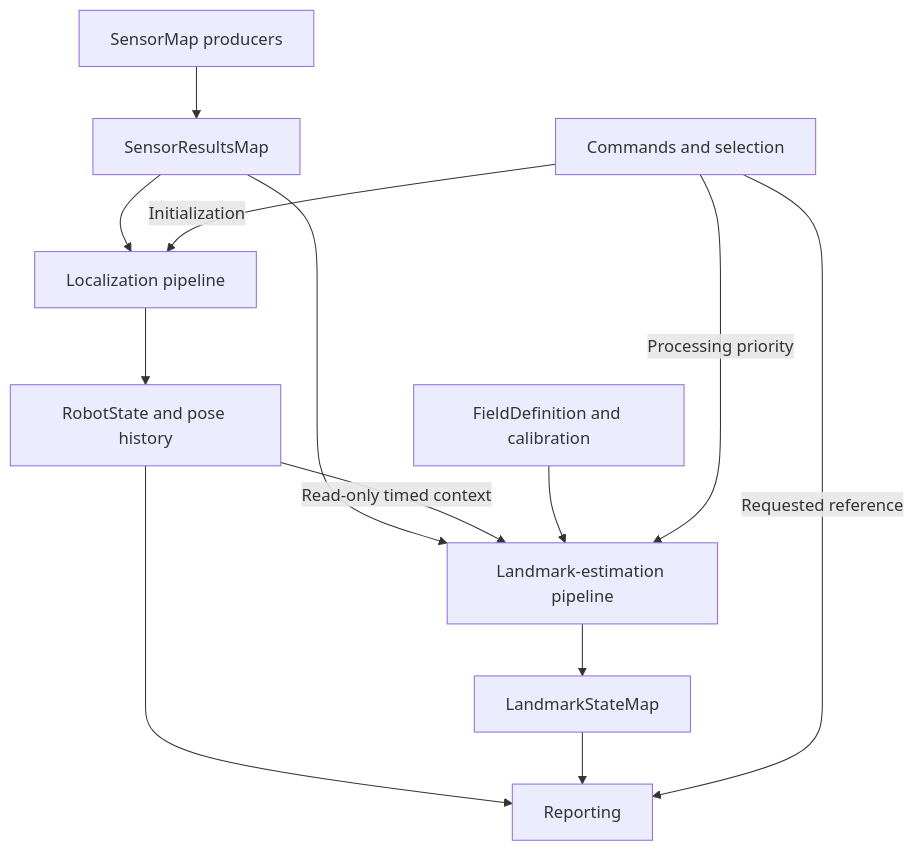
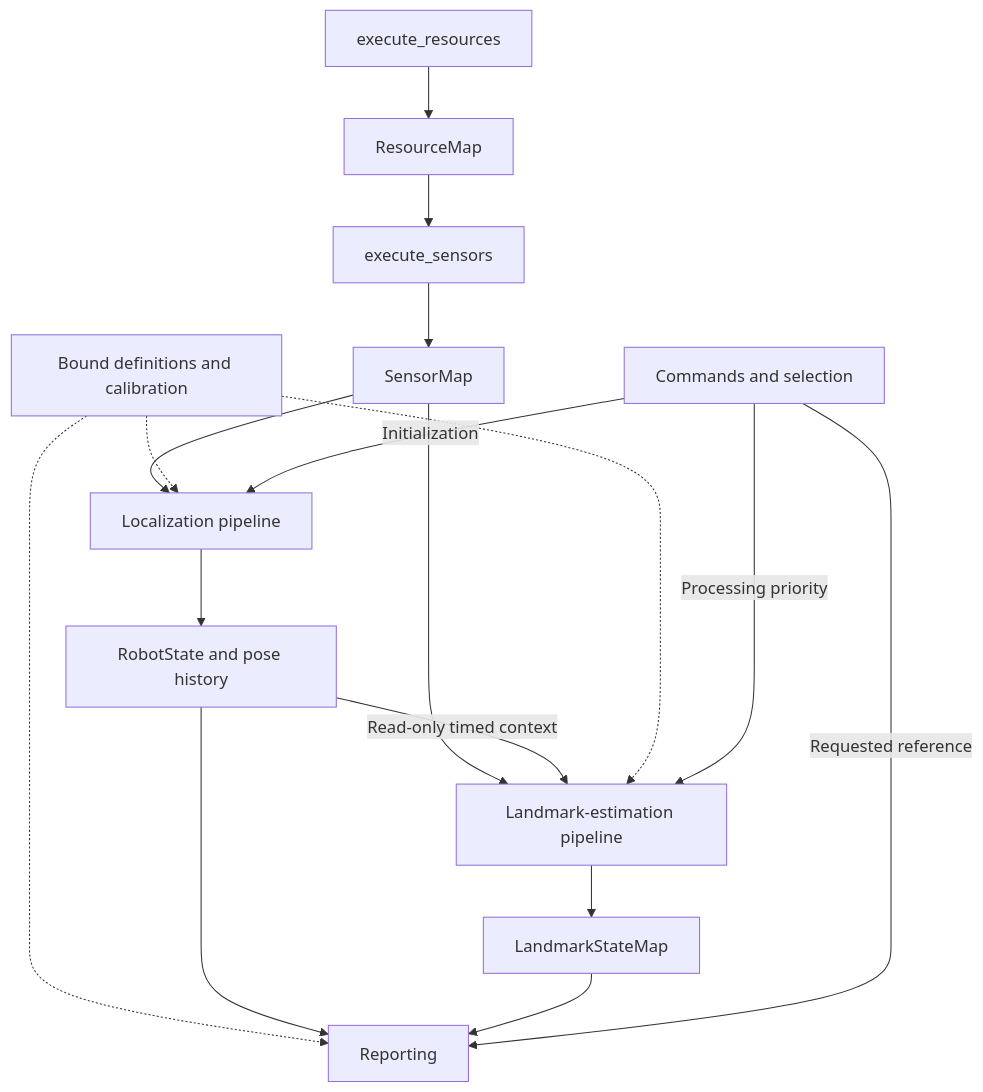
One commit to Edison-LaraBojay/GATR2-Electronics changed the diagram in pi/navigatr/docs/architecture.md. Above: the diagram before and after it, drawn with Mermaid. The commit also changed other lines of this file and 283 other files, not shown here.

````diff
--- a/pi/navigatr/docs/architecture.md
+++ b/pi/navigatr/docs/architecture.md
@@ -28,15 +278,19 @@
 ```mermaid
 flowchart TD
-    S[SensorMap producers] --> R[SensorResultsMap]
-    R --> LP[Localization pipeline]
+    RF[execute_resources] --> RM[ResourceMap]
+    RM --> SF[execute_sensors]
+    SF --> SM[SensorMap]
+    SM --> LP[Localization pipeline]
     LP --> L[RobotState and pose history]
-    R --> KP[Landmark-estimation pipeline]
+    SM --> KP[Landmark-estimation pipeline]
     L -->|Read-only timed context| KP
-    F[FieldDefinition and calibration] --> KP
+    D[Bound definitions and calibration] -.-> LP
+    D -.-> KP
+    D -.-> P
     Q[Commands and selection] -->|Initialization| LP
     Q -->|Processing priority| KP
     KP --> K[LandmarkStateMap]
     L --> P[Reporting]
     K --> P
     Q -->|Requested reference| P
 ```
````
